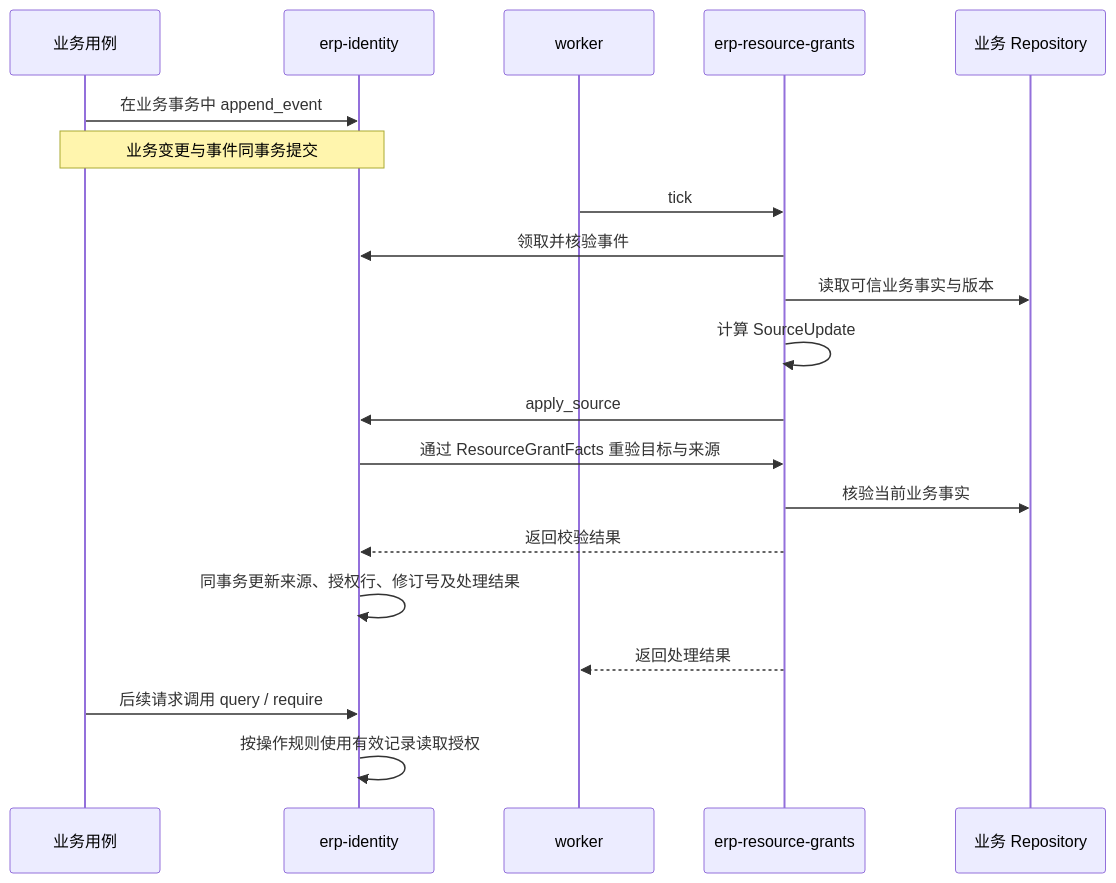
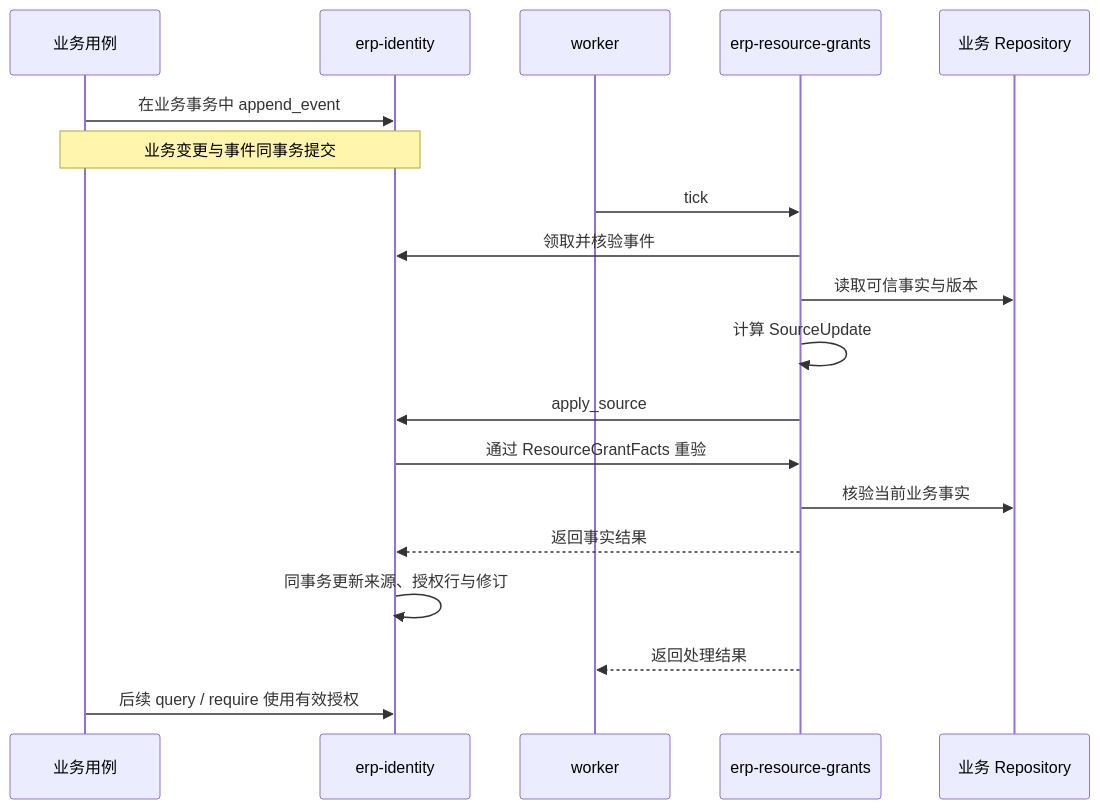
Before and after one commit to mztlive/erp: the second of 2 diagrams in docs/authorization-system-design.md, drawn with Mermaid. The commit also changed other lines of this file and 341 other files, not shown here.

````diff
--- a/docs/authorization-system-design.md
+++ b/docs/authorization-system-design.md
@@ -155,22 +169,21 @@
 ```mermaid
 sequenceDiagram
     participant B as 业务用例
     participant I as erp-identity
     participant W as worker
     participant G as erp-resource-grants
     participant R as 业务 Repository
     B->>I: 在业务事务中 append_event
     Note over B,I: 业务变更与事件同事务提交
     W->>G: tick
     G->>I: 领取并核验事件
-    G->>R: 读取可信业务事实与版本
+    G->>R: 读取可信事实与版本
     G->>G: 计算 SourceUpdate
     G->>I: apply_source
-    I->>G: 通过 ResourceGrantFacts 重验目标与来源
+    I->>G: 通过 ResourceGrantFacts 重验
     G->>R: 核验当前业务事实
-    G-->>I: 返回校验结果
-    I->>I: 同事务更新来源、授权行、修订号及处理结果
+    G-->>I: 返回事实结果
+    I->>I: 同事务更新来源、授权行与修订
     G-->>W: 返回处理结果
-    B->>I: 后续请求调用 query / require
-    I->>I: 按操作规则使用有效记录读取授权
+    B->>I: 后续 query / require 使用有效授权
 ```
````
